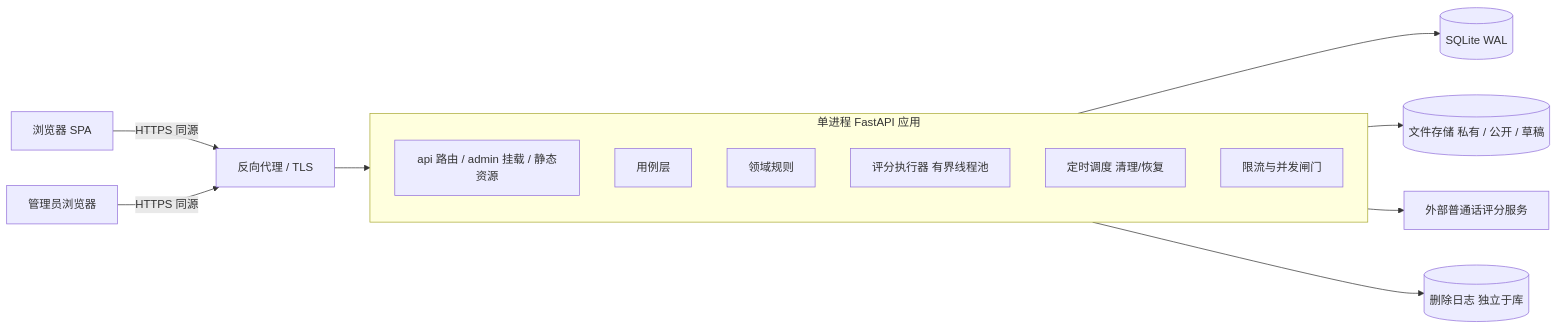
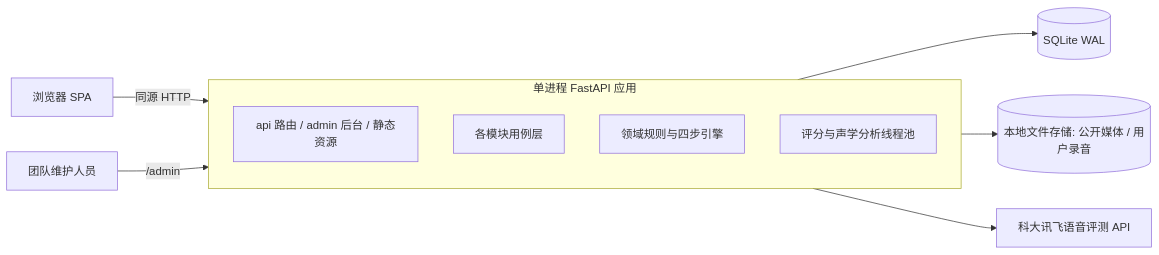
The diagram in docs/architecture/03-后端架构与实施方案.md (teke123/sound-visualizer-learning-), drawn with Mermaid before and after one commit. The commit also changed other lines of this file and 16 other files, not shown here.

````diff
--- a/docs/architecture/03-后端架构与实施方案.md
+++ b/docs/architecture/03-后端架构与实施方案.md
@@ -7,18 +7,14 @@
 ```mermaid
 flowchart LR
-    Browser[浏览器 SPA] -->|HTTPS 同源| Proxy[反向代理 / TLS]
-    Admin[管理员浏览器] -->|HTTPS 同源| Proxy
-    Proxy --> App
+    Browser[浏览器 SPA] -->|同源 HTTP| App
+    Admin[团队维护人员] -->|/admin| App
     subgraph App[单进程 FastAPI 应用]
-        Routes[api 路由 / admin 挂载 / 静态资源]
-        UseCases[用例层]
-        Domain[领域规则]
-        Exec[评分执行器 有界线程池]
-        Sched[定时调度 清理/恢复]
-        Limiter[限流与并发闸门]
+        Routes[api 路由 / admin 后台 / 静态资源]
+        UseCases[各模块用例层]
+        Domain[领域规则与四步引擎]
+        Exec[评分与声学分析线程池]
     end
     App --> DB[(SQLite WAL)]
-    App --> Files[(文件存储 私有 / 公开 / 草稿)]
-    App --> Provider[外部普通话评分服务]
-    App --> DelLog[(删除日志 独立于库)]
+    App --> Files[(本地文件存储: 公开媒体 / 用户录音)]
+    App --> Provider[科大讯飞语音评测 API]
 ```
````
